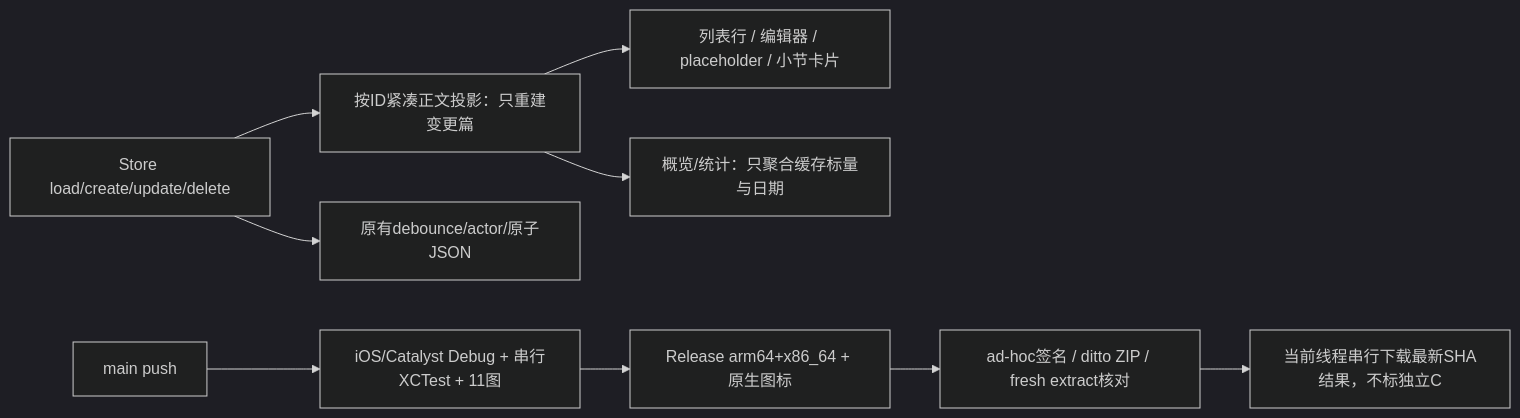
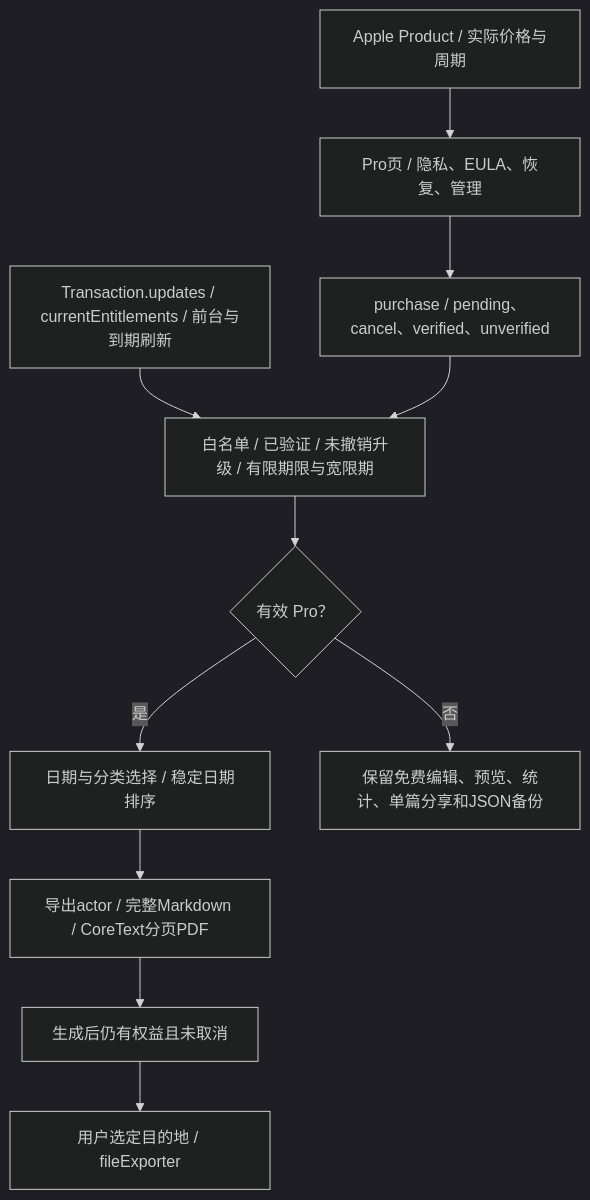
One commit to Altman-sam114/117 changed the third of 4 diagrams in md/flow/flowchart.md. Above: the diagram before and after it, drawn with Mermaid (dark theme). The commit also changed other lines of this file and 41 other files, not shown here.

````diff
--- a/md/flow/flowchart.md
+++ b/md/flow/flowchart.md
@@ -53,11 +47,13 @@
 ```mermaid
-flowchart LR
-  Mutation["Store load/create/update/delete"] --> Cache["按ID紧凑正文投影：只重建变更篇"]
-  Cache --> Row["列表行 / 编辑器 / placeholder / 小节卡片"]
-  Cache --> Aggregate["概览/统计：只聚合缓存标量与日期"]
-  Mutation --> JSON["原有debounce/actor/原子JSON"]
-  Main["main push"] --> Checks["iOS/Catalyst Debug + 串行XCTest + 11图"]
-  Checks --> Release["Release arm64+x86_64 + 原生图标"]
-  Release --> Package["ad-hoc签名 / ditto ZIP / fresh extract核对"]
-  Package --> Review["当前线程串行下载最新SHA结果，不标独立C"]
+flowchart TD
+  Products["Apple Product / 实际价格与周期"] --> Paywall["Pro页 / 隐私、EULA、恢复、管理"]
+  Paywall --> Purchase["purchase / pending、cancel、verified、unverified"]
+  Updates["Transaction.updates / currentEntitlements / 前台与到期刷新"] --> Verify["白名单 / 已验证 / 未撤销升级 / 有限期限与宽限期"]
+  Purchase --> Verify
+  Verify --> Entitled{"有效 Pro？"}
+  Entitled -- "是" --> Filter["日期与分类选择 / 稳定日期排序"]
+  Filter --> Actor["导出actor / 完整Markdown / CoreText分页PDF"]
+  Actor --> Recheck["生成后仍有权益且未取消"]
+  Recheck --> Files["用户选定目的地 / fileExporter"]
+  Entitled -- "否" --> Free["保留免费编辑、预览、统计、单篇分享和JSON备份"]
 ```
````
